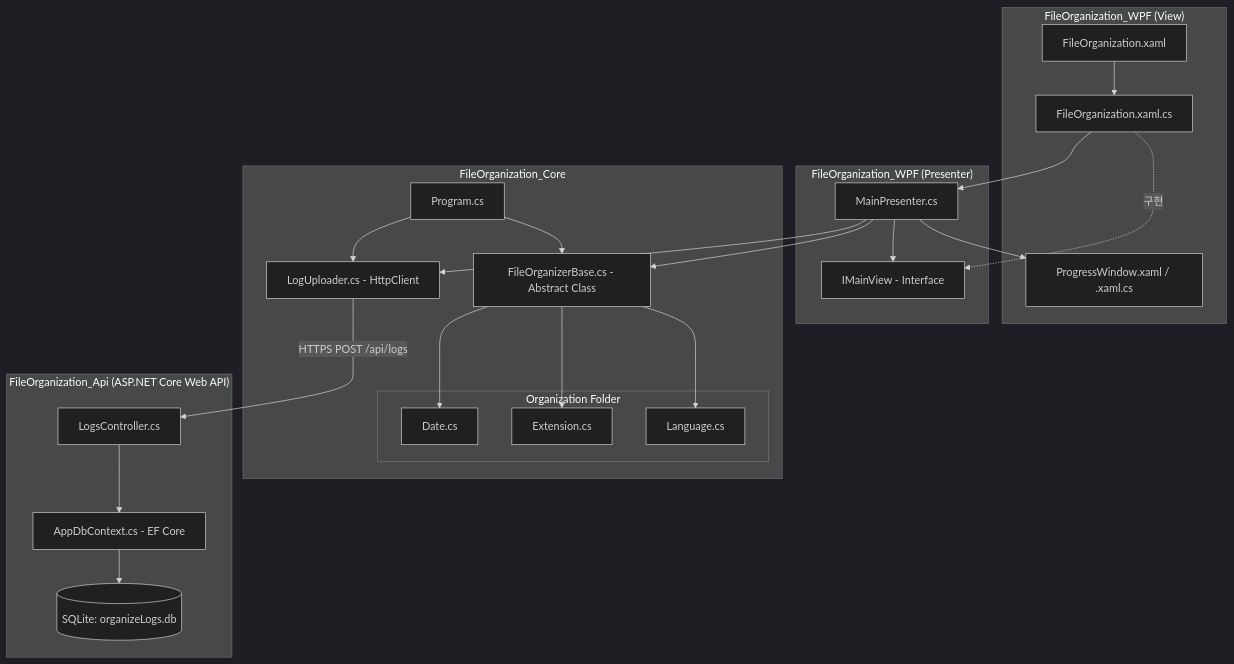
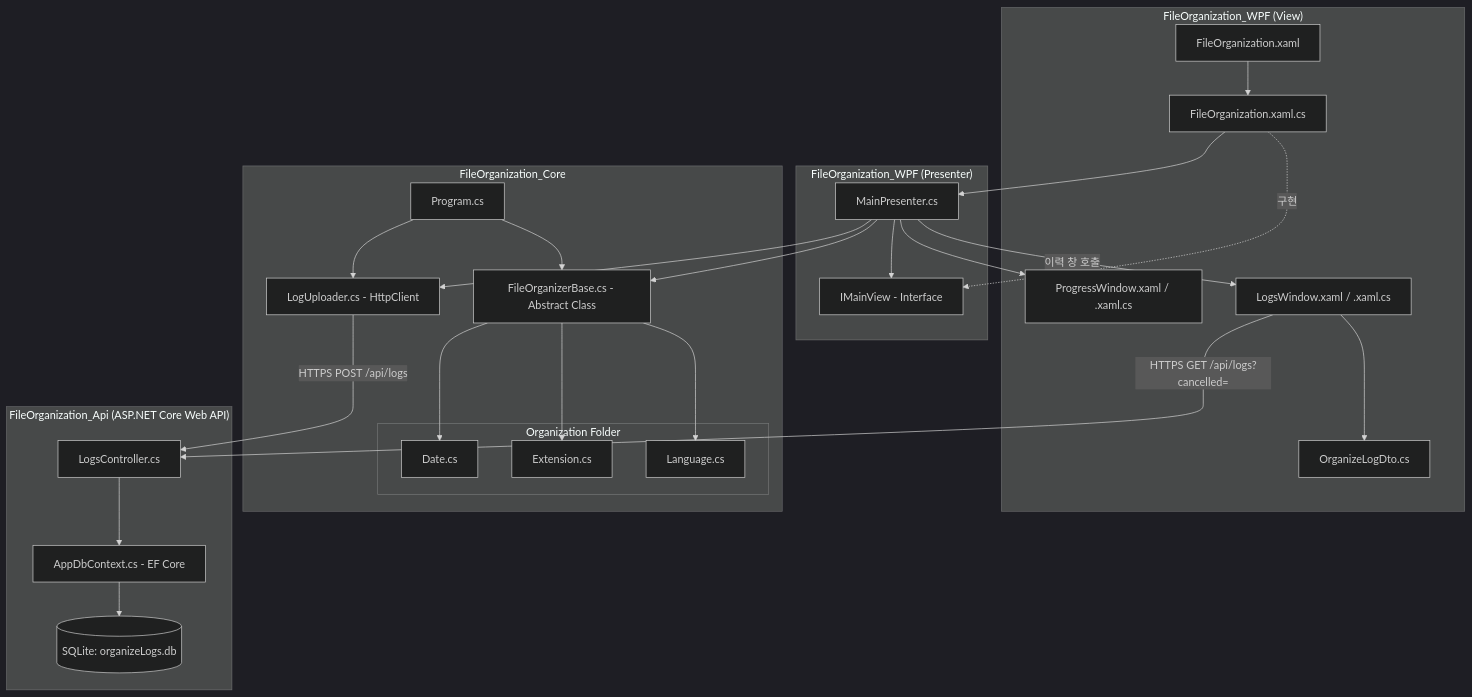
One commit to YGY515/Automatic-File-Organization changed the diagram in README.md. Above: the diagram before and after it, drawn with Mermaid (dark theme). The commit also changed other lines of this file, not shown here.

````diff
--- a/README.md
+++ b/README.md
@@ -63,51 +66,57 @@
 ```mermaid
 graph TD
     subgraph "FileOrganization_WPF (View)"
         XAML[FileOrganization.xaml]
         CS[FileOrganization.xaml.cs]
         PW[ProgressWindow.xaml / .xaml.cs]
+        LW[LogsWindow.xaml / .xaml.cs]
+        Dto[OrganizeLogDto.cs]
     end
 
     subgraph "FileOrganization_WPF (Presenter)"
         IView[IMainView - Interface]
         Presenter[MainPresenter.cs]
     end
 
     subgraph "FileOrganization_Core"
         Prog[Program.cs]
         Base[FileOrganizerBase.cs - Abstract Class]
 
         subgraph "Organization Folder"
             Date[Date.cs]
             Ext[Extension.cs]
             Lang[Language.cs]
         end
 
         Uploader[LogUploader.cs - HttpClient]
     end
 
     subgraph "FileOrganization_Api (ASP.NET Core Web API)"
         Controller[LogsController.cs]
         DbCtx[AppDbContext.cs - EF Core]
         DB[(SQLite: organizeLogs.db)]
     end
 
     XAML --> CS
     CS -.구현.-> IView
     CS --> Presenter
     Presenter --> PW
     Presenter --> IView
     Presenter --> Base
+    Presenter -->|이력 창 호출| LW
 
     Prog --> Base
 
     Base --> Date
     Base --> Ext
     Base --> Lang
 
     Prog --> Uploader
     Presenter --> Uploader
     Uploader -->|HTTPS POST /api/logs| Controller
+
+    LW --> Dto
+    LW -->|HTTPS GET /api/logs?cancelled=| Controller
     Controller --> DbCtx
     DbCtx --> DB
 ```
````
